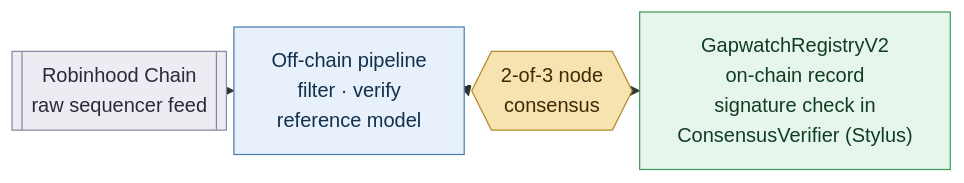
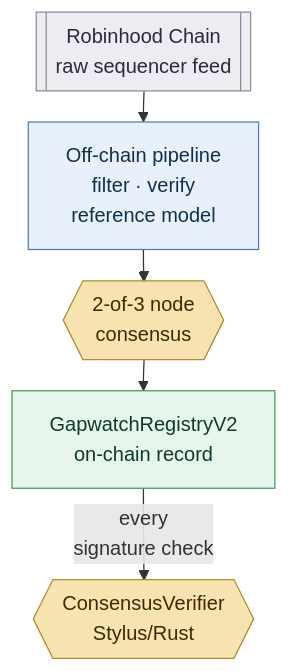
The diagram in README.md (pplmaverick/gapwatch), drawn with Mermaid before and after one commit.

Commit message:
Switch README overview diagram to vertical layout to permanently clear GitHub's floating chart controls
GitHub centres Mermaid output and pins its pan/zoom controls to the right
of the README column, so clearance depends on (column + diagram) / 2, not
on diagram width alone. Measured against a screenshot: the column is
~866px, the control cluster starts 752px in, and the previous 770px-wide
horizontal diagram landed at 818px — a 66px overlap that clipped the
rightmost node's text. Trimming labels could only reach 635px (2px of
margin), so horizontal layouts cannot hold a usable safety margin here.
Vertical is 222px wide, leaving 208px of clearance, and removes the width
pressure that forced ConsensusVerifier to be folded into the registry
node — it is a distinct gate node again.

````diff
--- a/README.md
+++ b/README.md
@@ -67,17 +67,22 @@
 ```mermaid
-%%{init: {"flowchart": {"nodeSpacing": 6, "rankSpacing": 6}}}%%
-flowchart LR
+%%{init: {"flowchart": {"nodeSpacing": 20, "rankSpacing": 25}}}%%
+flowchart TD
     A[["Robinhood Chain<br/>raw sequencer feed"]]
     B["Off-chain pipeline<br/>filter · verify<br/>reference model"]
     C{{"2-of-3 node<br/>consensus"}}
-    D["GapwatchRegistryV2<br/>on-chain record<br/>signature check in<br/>ConsensusVerifier (Stylus)"]
+    D["GapwatchRegistryV2<br/>on-chain record"]
+    E{{"ConsensusVerifier<br/>Stylus/Rust"}}
+
     A --> B --> C --> D
+    D -- "every<br/>signature check" --> E
+
     classDef offchain fill:#e8f1fb,stroke:#4a7fb5,color:#11304d
     classDef onchain fill:#e7f6ec,stroke:#3f9d5d,color:#0f3d22
     classDef gate fill:#f7e3b0,stroke:#b58a2a,color:#3a2b06
     classDef source fill:#ececf2,stroke:#8b8ba0,color:#2a2a3a
+
     class B offchain
     class D onchain
-    class C gate
+    class C,E gate
     class A source
 ```
````
